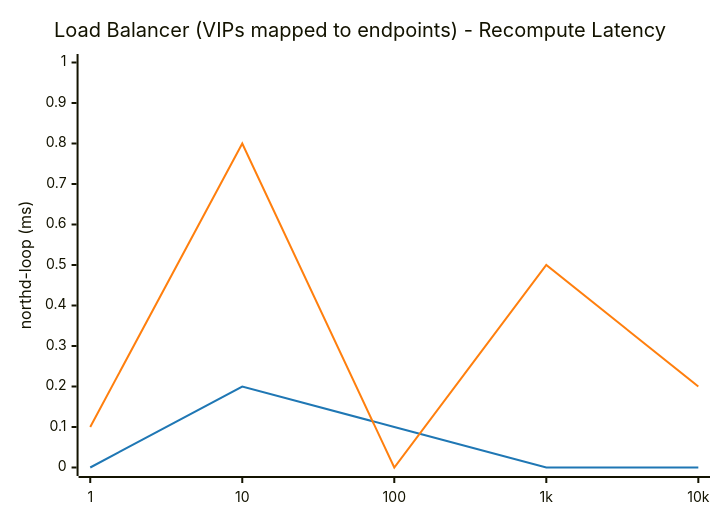
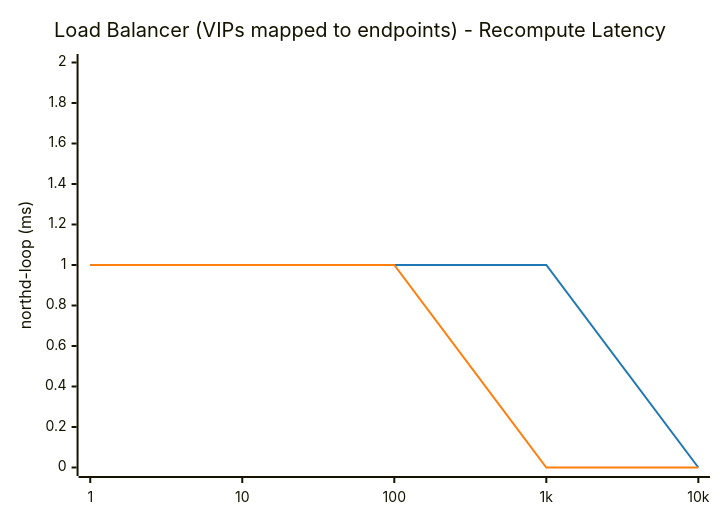
Before and after one commit to LionelJouin/ovs-ovn-bench: the ninth of 14 diagrams in results/BENCHMARK_REPORT.md, drawn with Mermaid. The commit also changed other lines of this file and 4 other files, not shown here.

````diff
--- a/results/BENCHMARK_REPORT.md
+++ b/results/BENCHMARK_REPORT.md
@@ -609,14 +609,14 @@
 ```mermaid
 ---
 config:
     themeVariables:
         xyChart:
             plotColorPalette: "#1f77b4, #ff7f0e"
 ---
 xychart-beta
     title "Load Balancer (VIPs mapped to endpoints) - Recompute Latency"
     x-axis ["1", "10", "100", "1k", "10k"]
-    y-axis "northd-loop (ms)" 0 --> 1
-    line "glibc malloc" [0.0, 0.2, 0.1, 0.0, 0.0]
-    line "jemalloc" [0.1, 0.8, 0.0, 0.5, 0.2]
+    y-axis "northd-loop (ms)" 0 --> 2
+    line "glibc malloc" [1.0, 1.0, 1.0, 1.0, 0.0]
+    line "jemalloc" [1.0, 1.0, 1.0, 0.0, 0.0]
 ```
````
